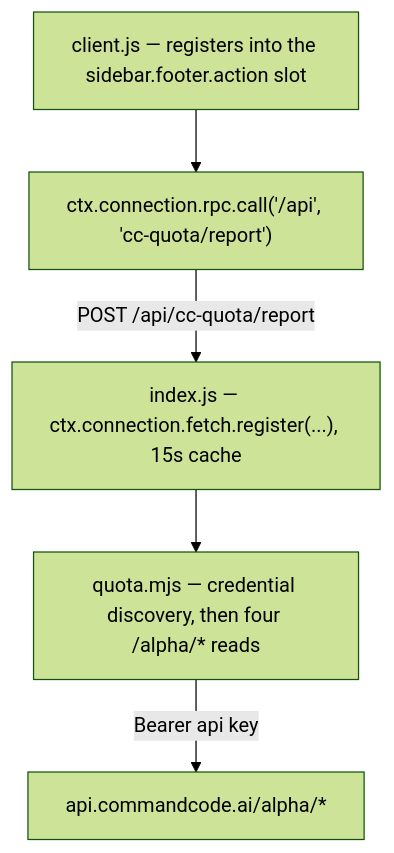
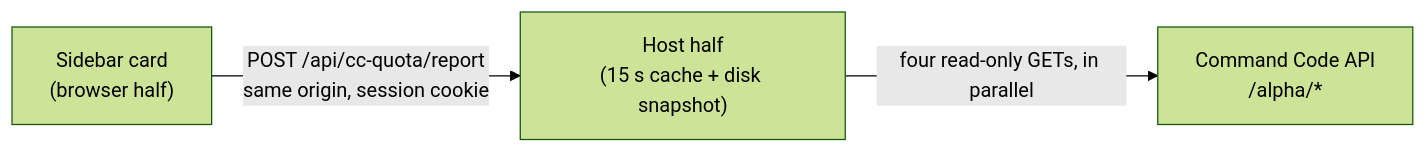
One commit to Jovan1666/dsh-commandcode-quota changed the diagram in README.md. Above: the diagram before and after it, drawn with Mermaid (forest theme). The commit also changed other lines of this file and 14 other files, not shown here.

````diff
--- a/README.md
+++ b/README.md
@@ -216,7 +154,5 @@
 ```mermaid
-flowchart TD
-  A["client.js — registers into the sidebar.footer.action slot"] --> B["ctx.connection.rpc.call('/api', 'cc-quota/report')"]
-  B -->|"POST /api/cc-quota/report"| C["index.js — ctx.connection.fetch.register(...), 15s cache"]
-  C --> D["quota.mjs — credential discovery, then four /alpha/* reads"]
-  D -->|"Bearer api key"| E["api.commandcode.ai/alpha/*"]
+flowchart LR
+  A["Sidebar card<br/>(browser half)"] -->|"POST /api/cc-quota/report<br/>same origin, session cookie"| B["Host half<br/>(15 s cache + disk snapshot)"]
+  B -->|"four read-only GETs, in parallel"| C["Command Code API<br/>/alpha/*"]
 ```
````
